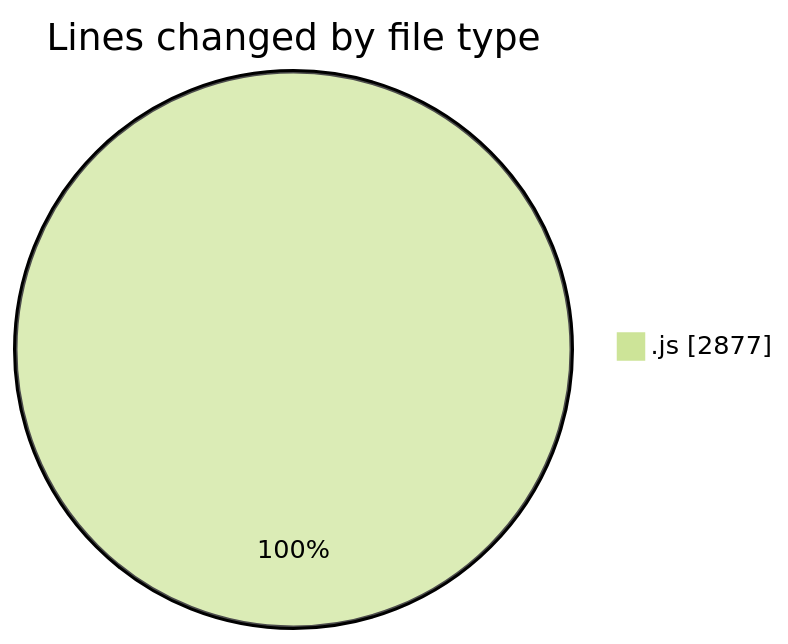
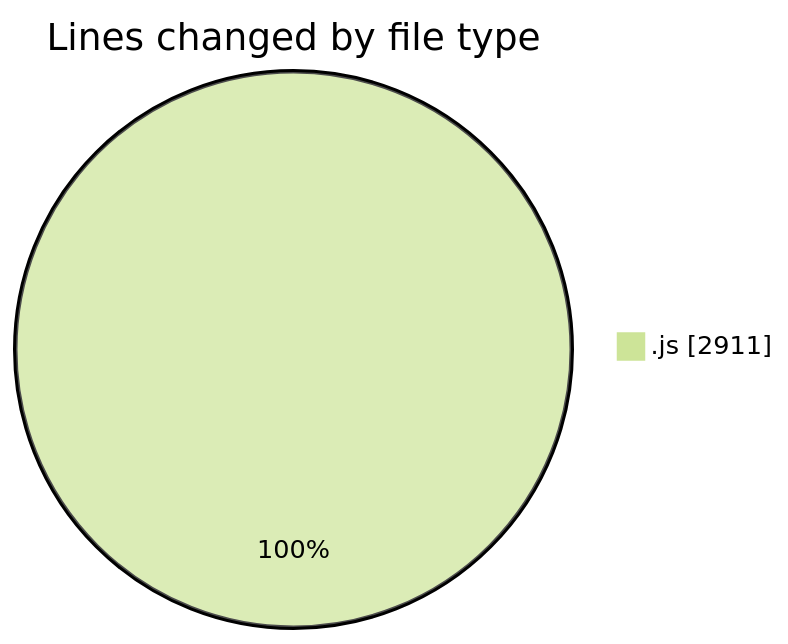
One commit to nxtqubesakshisongat/code-tracking changed the first of 2 diagrams in 2025-09-08/cashcalculator/README.md. Above: the diagram before and after it, drawn with Mermaid (forest theme). The commit also changed other lines of this file and 1 other file, not shown here.

````diff
--- a/2025-09-08/cashcalculator/README.md
+++ b/2025-09-08/cashcalculator/README.md
@@ -20,5 +20,5 @@
 ```mermaid
 pie showData
 title Lines changed by file type
-".js" : 2877
+".js" : 2911
 ```
````
